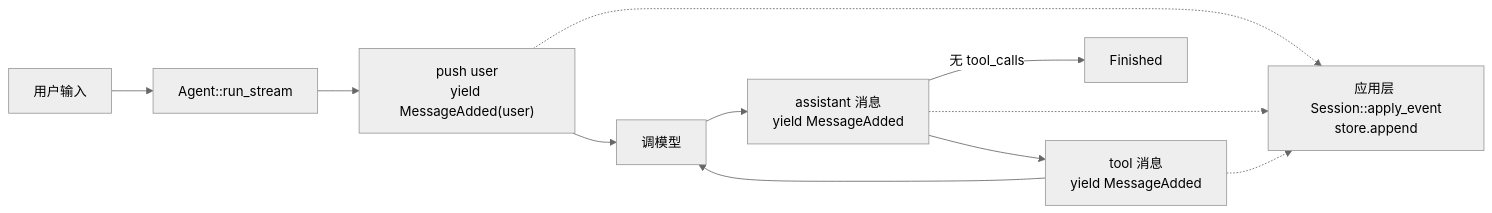
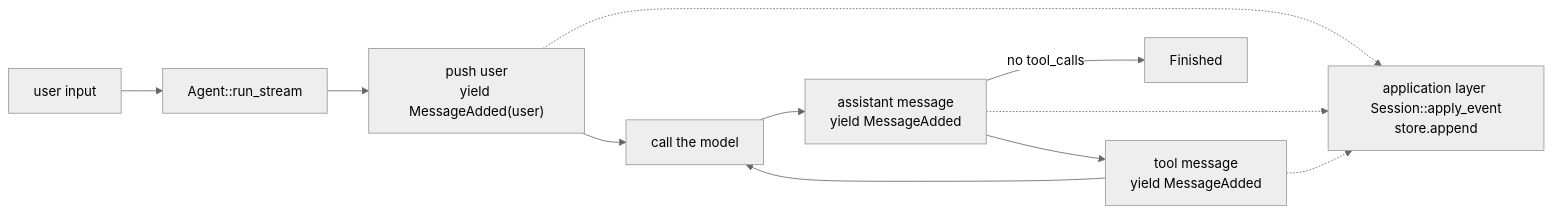
The first of 3 diagrams in docs/session.md (Seann0824/Shirley), drawn with Mermaid (neutral theme) before and after one commit. The commit also changed other lines of this file and 131 other files, not shown here.

````diff
--- a/docs/session.md
+++ b/docs/session.md
@@ -151,13 +171,13 @@
 ```mermaid
 graph LR
-    U["用户输入"] --> A["Agent::run_stream"]
+    U["user input"] --> A["Agent::run_stream"]
     A --> P["push user<br/>yield MessageAdded(user)"]
-    P --> M["调模型"]
-    M --> R["assistant 消息<br/>yield MessageAdded"]
-    R --> T["tool 消息<br/>yield MessageAdded"]
+    P --> M["call the model"]
+    M --> R["assistant message<br/>yield MessageAdded"]
+    R --> T["tool message<br/>yield MessageAdded"]
     T --> M
-    R -->|无 tool_calls| F["Finished"]
-    P -.-> AP["应用层 Session::apply_event<br/>store.append"]
+    R -->|no tool_calls| F["Finished"]
+    P -.-> AP["application layer Session::apply_event<br/>store.append"]
     R -.-> AP
     T -.-> AP
 ```
````
